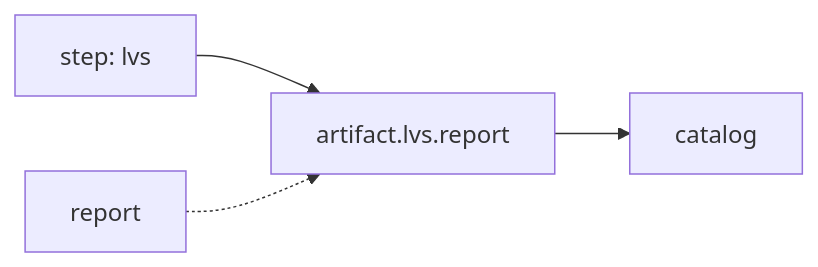
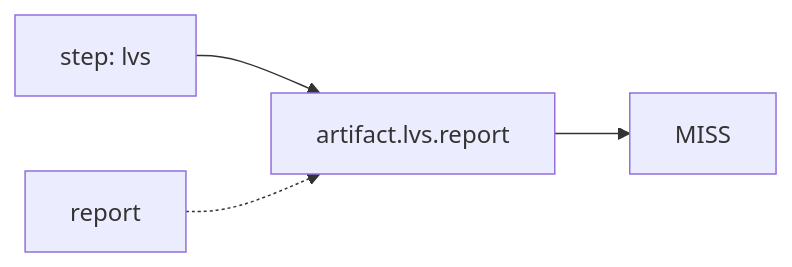
One commit to openecos-projects/ecc changed diagram 25 of 53 in .github/signoff-board/signoff-kanban.md. Above: the diagram before and after it, drawn with Mermaid. The commit also changed other lines of this file and 2 other files, not shown here.

First line of the commit message:
feat(signoff): add performance / iSTA catalog slots (43 metrics)

````diff
--- a/.github/signoff-board/signoff-kanban.md
+++ b/.github/signoff-board/signoff-kanban.md
@@ -542,6 +574,6 @@
 ```mermaid
 flowchart LR
   step_artifact_lvs_report["step: lvs"] --> metric_artifact_lvs_report["artifact.lvs.report"]
-  metric_artifact_lvs_report --> state_artifact_lvs_report["catalog"]
+  metric_artifact_lvs_report --> state_artifact_lvs_report["MISS"]
   cat_artifact_lvs_report["report"] -.-> metric_artifact_lvs_report
 ```
````
